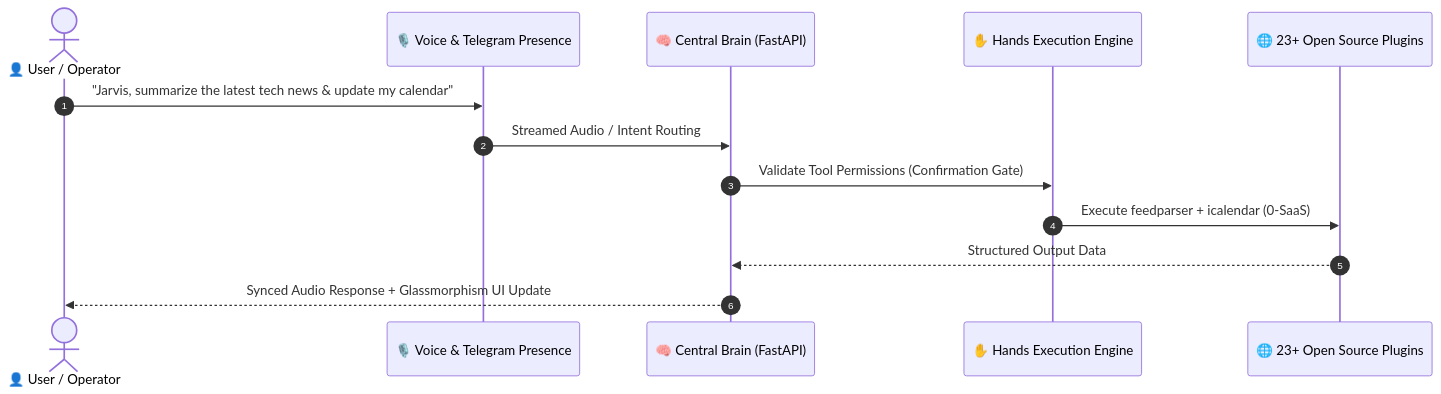
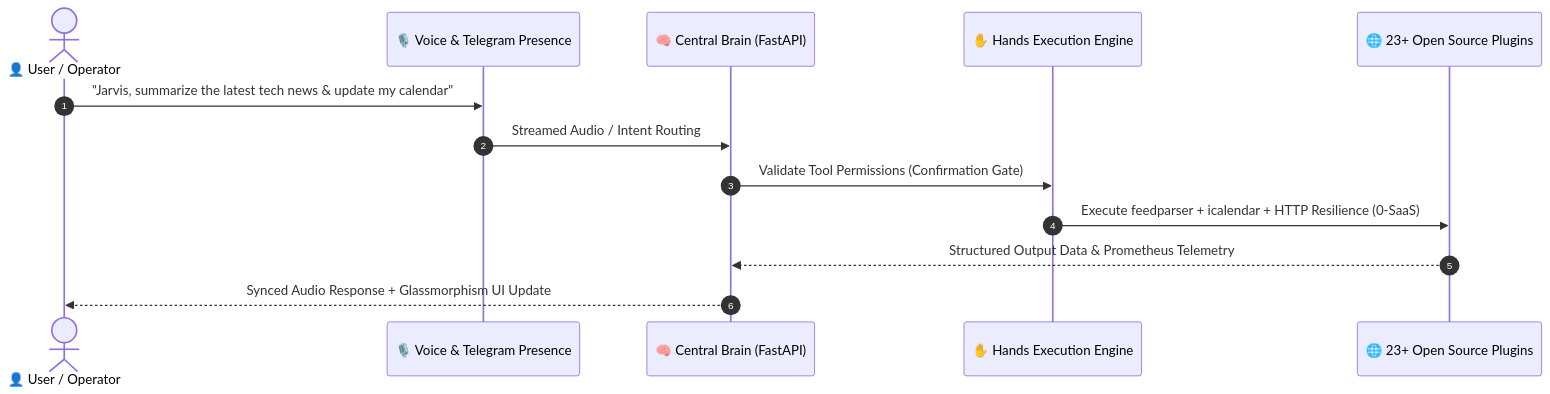
Before and after one commit to dr-week/J.A.R.V.I.S: the second of 2 diagrams in README.md, drawn with Mermaid. The commit also changed other lines of this file, not shown here.

````diff
--- a/README.md
+++ b/README.md
@@ -89,16 +132,16 @@
 ```mermaid
 sequenceDiagram
     autonumber
     actor User as 👤 User / Operator
     participant Voice as 🎙️ Voice & Telegram Presence
     participant Brain as 🧠 Central Brain (FastAPI)
     participant Hands as ✋ Hands Execution Engine
     participant OSS as 🌐 23+ Open Source Plugins
 
     User->>Voice: "Jarvis, summarize the latest tech news & update my calendar"
     Voice->>Brain: Streamed Audio / Intent Routing
     Brain->>Hands: Validate Tool Permissions (Confirmation Gate)
-    Hands->>OSS: Execute feedparser + icalendar (0-SaaS)
-    OSS-->>Brain: Structured Output Data
+    Hands->>OSS: Execute feedparser + icalendar + HTTP Resilience (0-SaaS)
+    OSS-->>Brain: Structured Output Data & Prometheus Telemetry
     Brain-->>User: Synced Audio Response + Glassmorphism UI Update
 ```
````
